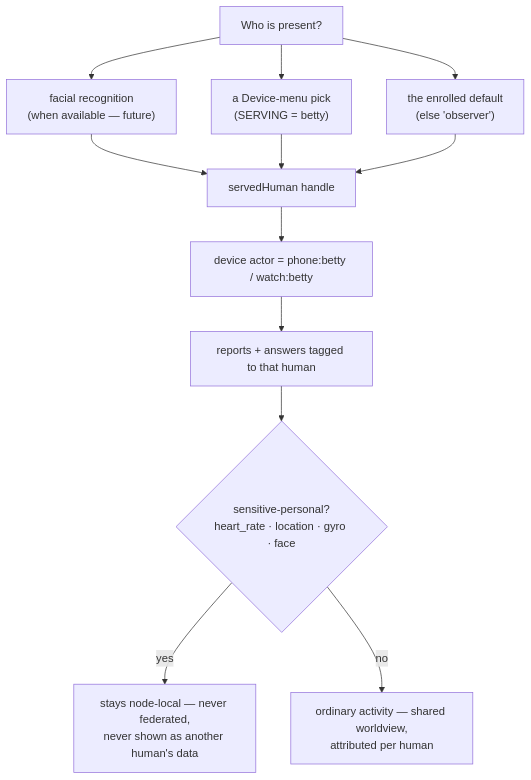
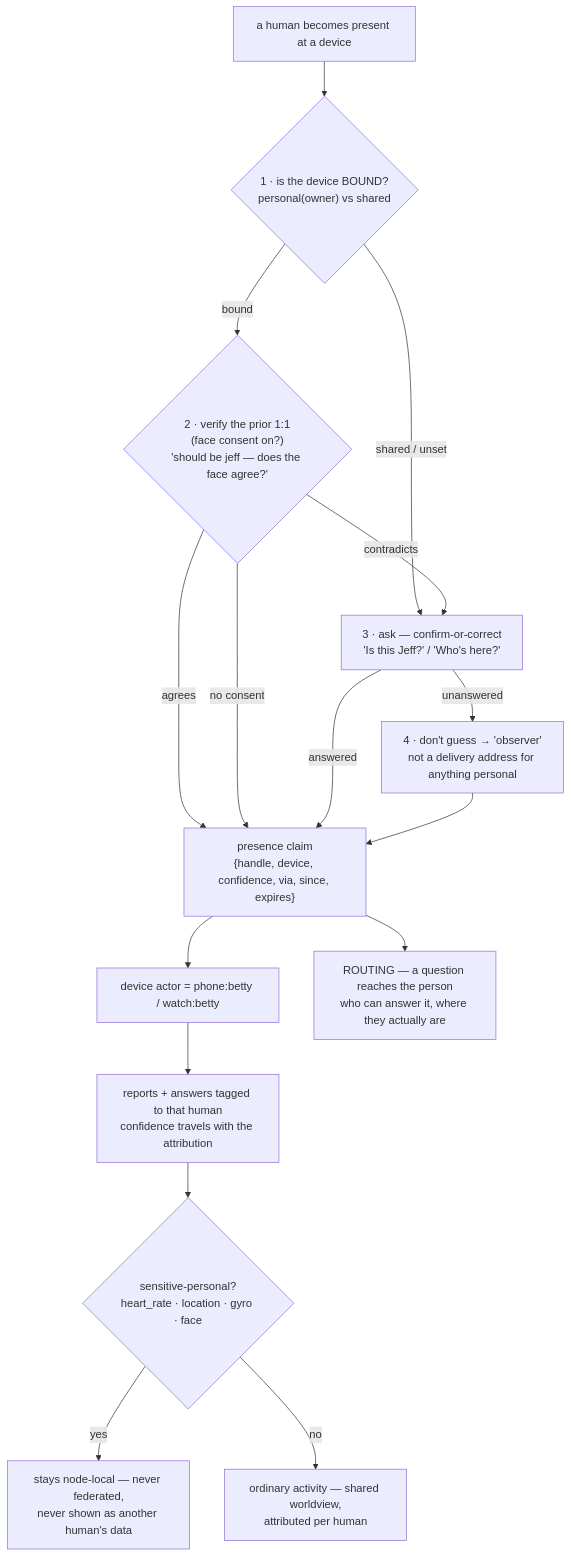
Before and after one commit to Capitali/familiar: the diagram in docs/dataflows/served-identity.md, drawn with Mermaid. The commit also changed other lines of this file and 38 other files, not shown here.

````diff
--- a/docs/dataflows/served-identity.md
+++ b/docs/dataflows/served-identity.md
@@ -10,20 +17,29 @@
 ```mermaid
 flowchart TD
-    Who["Who is present?"]
-    Face["facial recognition<br/>(when available — future)"]
-    Pick["a Device-menu pick<br/>(SERVING = betty)"]
-    Def["the enrolled default<br/>(else 'observer')"]
-    Served["servedHuman handle"]
+    Who["a human becomes present at a device"]
+    Bind{"1 · is the device BOUND?<br/>personal(owner) vs shared"}
+    Verify{"2 · verify the prior 1:1<br/>(face consent on?)<br/>'should be jeff — does the face agree?'"}
+    Ask["3 · ask — confirm-or-correct<br/>'Is this Jeff?' / 'Who's here?'"]
+    Obs["4 · don't guess → 'observer'<br/>not a delivery address for anything personal"]
+    Claim["presence claim<br/>{handle, device, confidence, via, since, expires}"]
     Actor["device actor = phone:betty / watch:betty"]
-    Report["reports + answers tagged to that human"]
+    Report["reports + answers tagged to that human<br/>confidence travels with the attribution"]
+    Route["ROUTING — a question reaches the person<br/>who can answer it, where they actually are"]
     Sens{"sensitive-personal?<br/>heart_rate · location · gyro · face"}
     Local["stays node-local — never federated,<br/>never shown as another human's data"]
     Shared["ordinary activity — shared worldview,<br/>attributed per human"]
 
-    Who --> Face --> Served
-    Who --> Pick --> Served
-    Who --> Def --> Served
-    Served --> Actor --> Report --> Sens
+    Who --> Bind
+    Bind -- bound --> Verify
+    Bind -- shared / unset --> Ask
+    Verify -- agrees --> Claim
+    Verify -- contradicts --> Ask
+    Verify -- no consent --> Claim
+    Ask -- answered --> Claim
+    Ask -- unanswered --> Obs
+    Obs --> Claim
+    Claim --> Actor --> Report --> Sens
+    Claim --> Route
     Sens -- yes --> Local
     Sens -- no --> Shared
 ```
````
